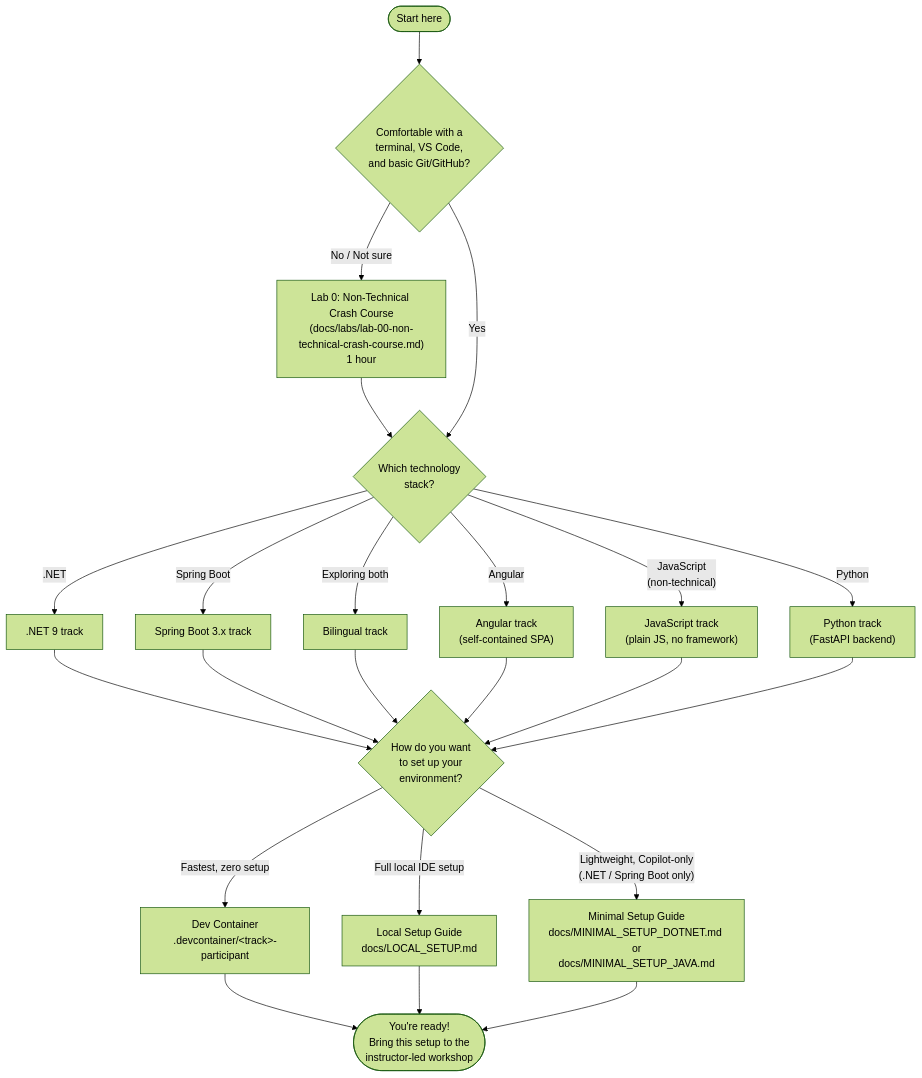
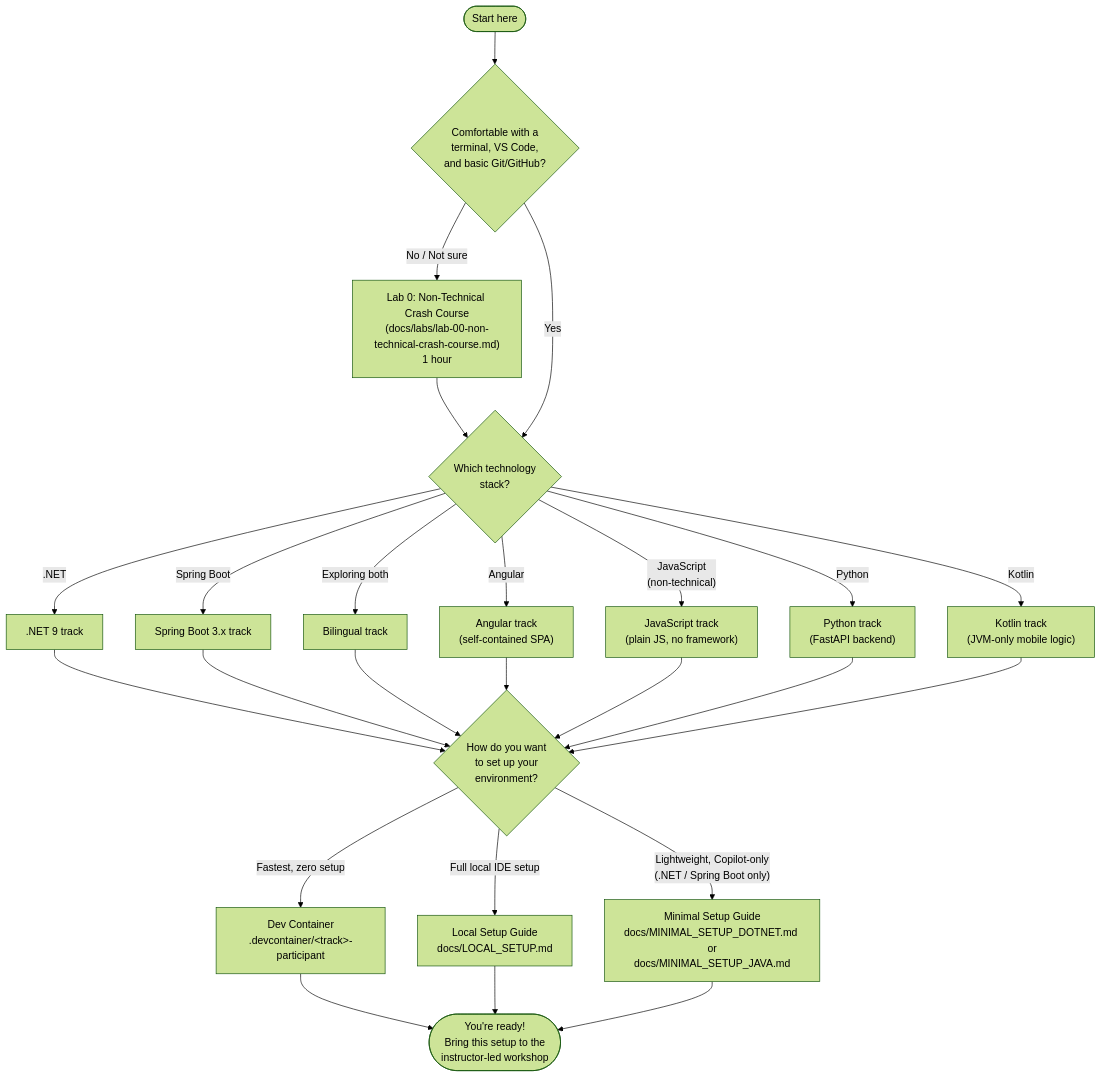
Before and after one commit to centricconsulting/ai-coding-workshop: the diagram in README.md, drawn with Mermaid (forest theme). The commit also changed other lines of this file and 40 other files, not shown here.

First line of the commit message:
Add Kotlin (JVM) workshop track

````diff
--- a/README.md
+++ b/README.md
@@ -42,25 +42,27 @@
 ```mermaid
 flowchart TD
     A([Start here]) --> B{Comfortable with a<br>terminal, VS Code,<br>and basic Git/GitHub?}
     B -- "No / Not sure" --> C["Lab 0: Non-Technical Crash Course<br>(docs/labs/lab-00-non-technical-crash-course.md)<br>1 hour"]
     C --> D
     B -- "Yes" --> D{Which technology<br>stack?}
     D -- ".NET" --> E[".NET 9 track"]
     D -- "Spring Boot" --> F["Spring Boot 3.x track"]
     D -- "Exploring both" --> G["Bilingual track"]
     D -- "Angular" --> M["Angular track<br>(self-contained SPA)"]
     D -- "JavaScript<br>(non-technical)" --> Q["JavaScript track<br>(plain JS, no framework)"]
     D -- "Python" --> P["Python track<br>(FastAPI backend)"]
+    D -- "Kotlin" --> R["Kotlin track<br>(JVM-only mobile logic)"]
     E --> H{How do you want<br>to set up your<br>environment?}
     F --> H
     G --> H
     H -- "Fastest, zero setup" --> I["Dev Container<br>.devcontainer/&lt;track&gt;-participant"]
     H -- "Full local IDE setup" --> J["Local Setup Guide<br>docs/LOCAL_SETUP.md"]
     H -- "Lightweight, Copilot-only<br>(.NET / Spring Boot only)" --> K["Minimal Setup Guide<br>docs/MINIMAL_SETUP_DOTNET.md or<br>docs/MINIMAL_SETUP_JAVA.md"]
     M --> H
     Q --> H
     P --> H
+    R --> H
     I --> L(["You're ready!<br>Bring this setup to the<br>instructor-led workshop"])
     J --> L
     K --> L
 ```
````
